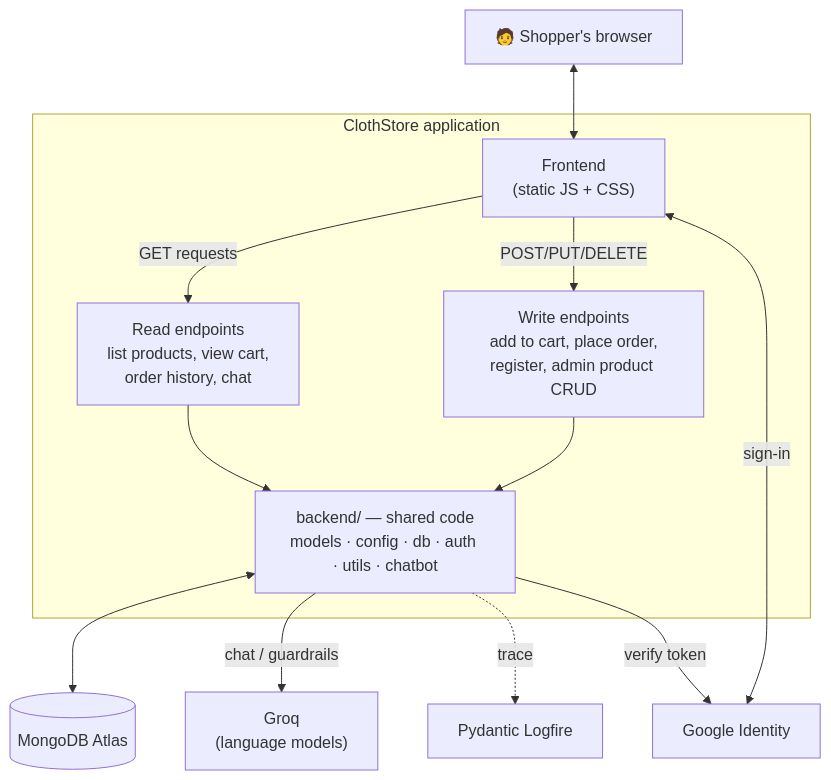
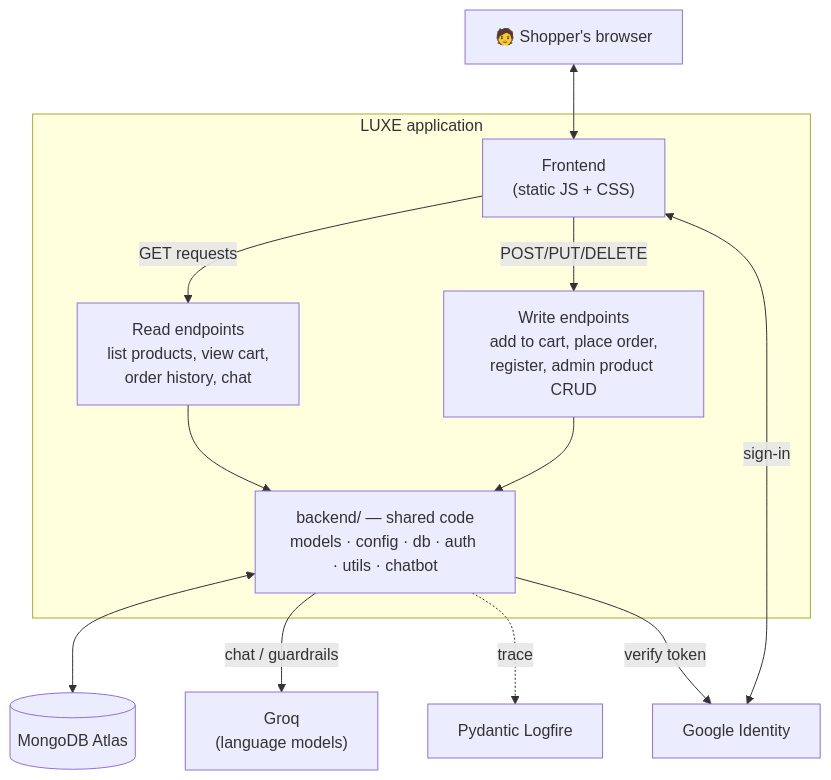
One commit to d-hackmt/ecom-store-gcp changed the first of 6 diagrams in docs/02-architecture.md. Above: the diagram before and after it, drawn with Mermaid. The commit also changed other lines of this file and 32 other files, not shown here.

````diff
--- a/docs/02-architecture.md
+++ b/docs/02-architecture.md
@@ -5,27 +5,27 @@
 ```mermaid
 flowchart TB
     U["🧑 Shopper's browser"]
 
-    subgraph APP["ClothStore application"]
+    subgraph APP["LUXE application"]
         FE["Frontend<br/>(static JS + CSS)"]
         RE["Read endpoints<br/>list products, view cart,<br/>order history, chat"]
         WR["Write endpoints<br/>add to cart, place order,<br/>register, admin product CRUD"]
         BR["backend/ — shared code<br/>models · config · db · auth · utils · chatbot"]
     end
 
     DB[("MongoDB Atlas")]
     LLM["Groq<br/>(language models)"]
     LOG["Pydantic Logfire"]
     GID["Google Identity"]
 
     U <--> FE
     FE -->|GET requests| RE
     FE -->|POST/PUT/DELETE| WR
     RE --> BR
     WR --> BR
     BR <--> DB
     BR -->|chat / guardrails| LLM
     BR -.trace.-> LOG
     FE <-->|sign-in| GID
     BR -->|verify token| GID
 ```
````
